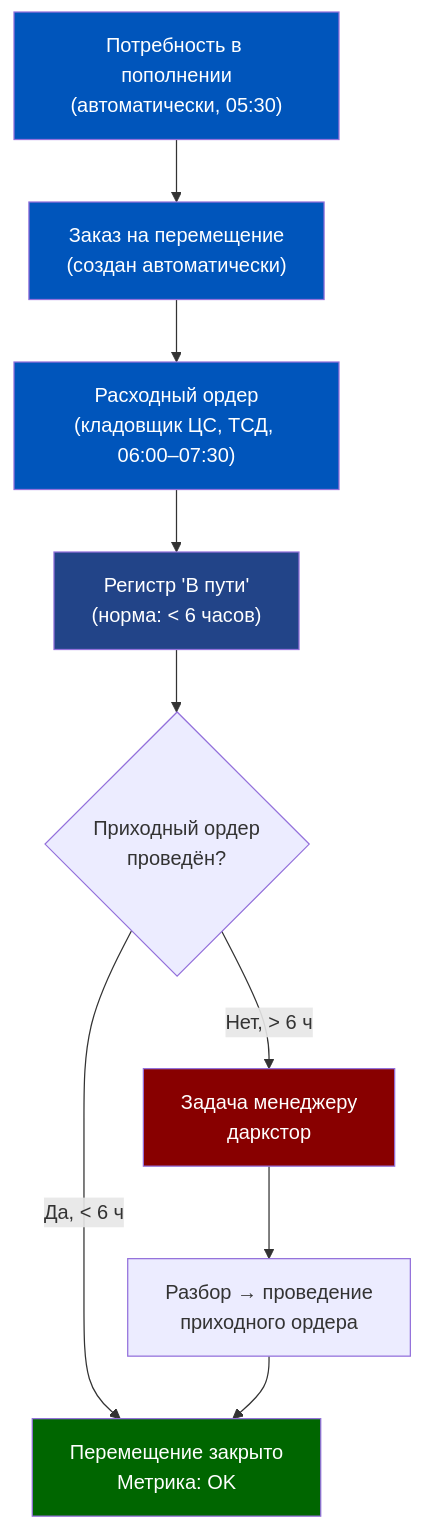
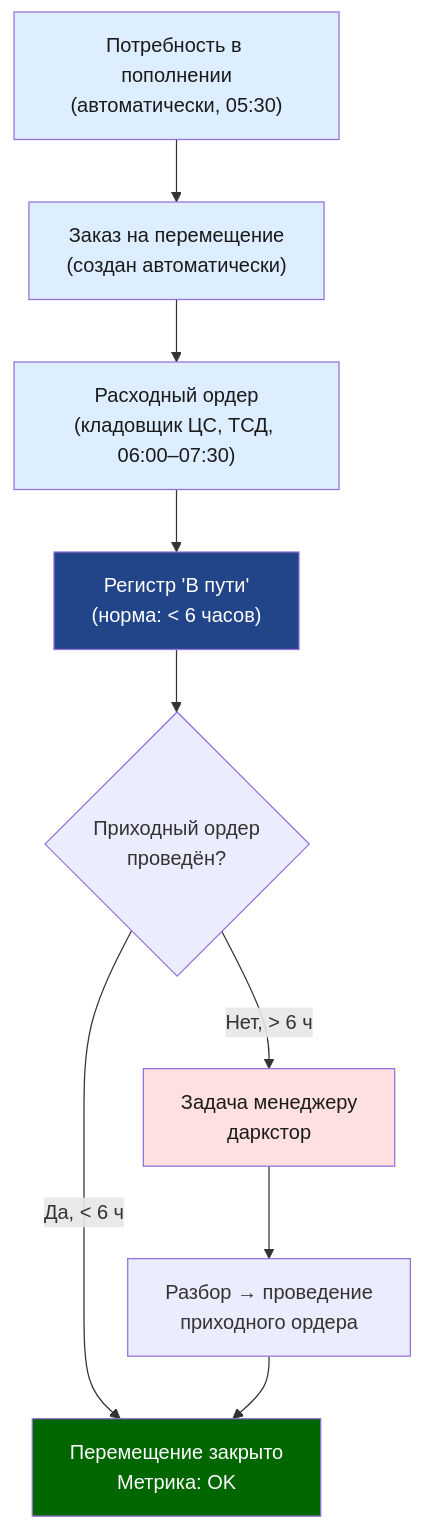
One commit to murad1986/1c-erp-quartz changed the seventh of 9 diagrams in content/1c-erp/week_5/Неделя 5 - День 1 - Складские перемещения.md. Above: the diagram before and after it, drawn with Mermaid. The commit also changed other lines of this file and 57 other files, not shown here.

First line of the commit message:
fix: Mermaid — пастельные цвета в источниках диаграмм (56 файлов)

````diff
--- a/content/1c-erp/week_5/Неделя 5 - День 1 - Складские перемещения.md
+++ b/content/1c-erp/week_5/Неделя 5 - День 1 - Складские перемещения.md
@@ -427,18 +427,18 @@
 ```mermaid
 graph TD
     A["Потребность в пополнении<br/>(автоматически, 05:30)"] --> B["Заказ на перемещение<br/>(создан автоматически)"]
     B --> C["Расходный ордер<br/>(кладовщик ЦС, ТСД, 06:00–07:30)"]
     C --> D["Регистр 'В пути'<br/>(норма: < 6 часов)"]
     D --> E{Приходный ордер<br/>проведён?}
     E -->|"Да, < 6 ч"| F["Перемещение закрыто<br/>Метрика: OK"]
     E -->|"Нет, > 6 ч"| G["Задача менеджеру<br/>даркстор"]
     G --> H["Разбор → проведение<br/>приходного ордера"]
     H --> F
 
-    style A fill:#0055BB,color:#fff
-    style B fill:#0055BB,color:#fff
-    style C fill:#0055BB,color:#fff
+    style A fill:#dceeff,color:#1a1a1a
+    style B fill:#dceeff,color:#1a1a1a
+    style C fill:#dceeff,color:#1a1a1a
     style D fill:#224488,color:#fff
     style F fill:#006600,color:#fff
-    style G fill:#880000,color:#fff
+    style G fill:#ffe0e0,color:#1a1a1a
 ```
````
